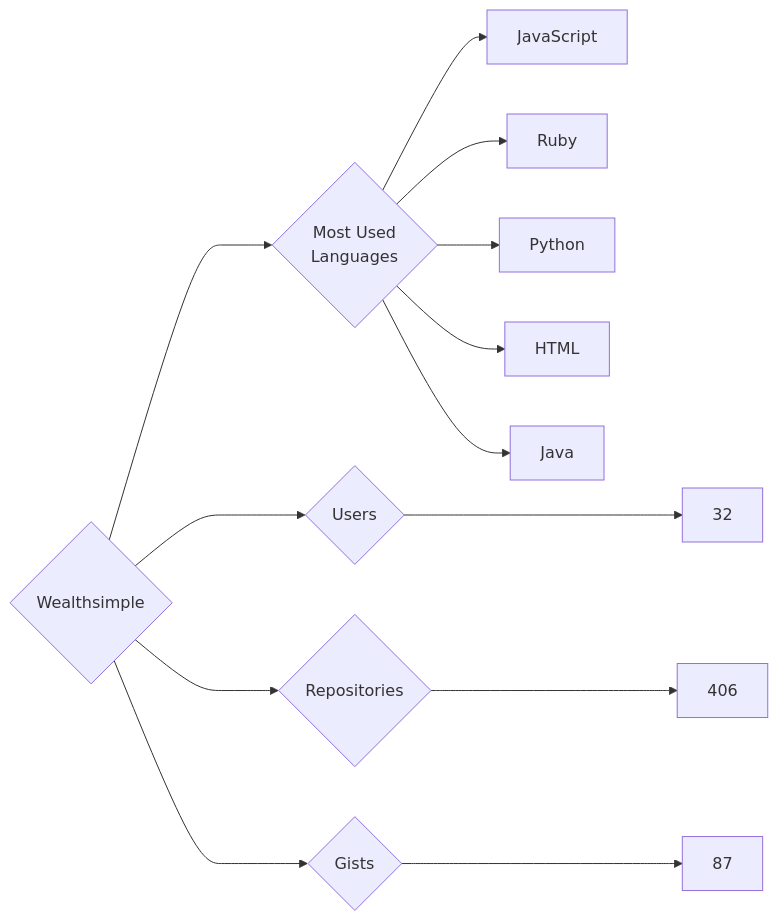
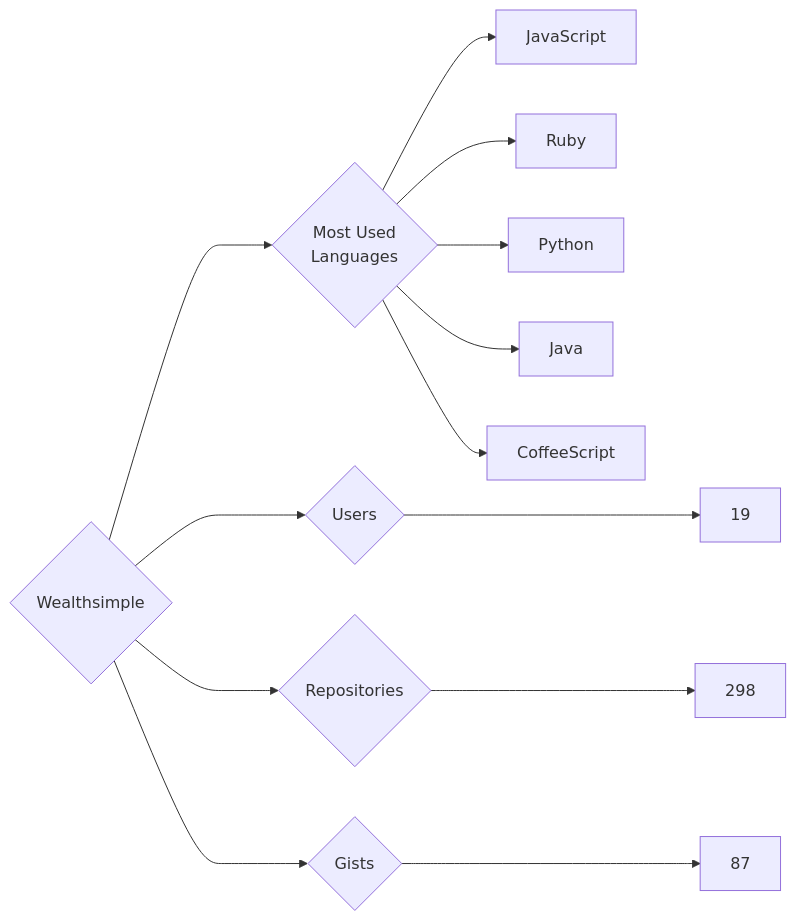
One commit to trickest/insiders changed the diagram in targets/Wealthsimple/README.md. Above: the diagram before and after it, drawn with Mermaid. The commit also changed 1248 other files, not shown here.

````diff
--- a/targets/Wealthsimple/README.md
+++ b/targets/Wealthsimple/README.md
@@ -3,13 +3,13 @@
 ```mermaid
 graph LR
 COMPANY_NAME{Wealthsimple}
-COMPANY_NAME ---> U{Users} ---> UN[32]
-COMPANY_NAME ---> R{Repositories} ---> RN[406]
+COMPANY_NAME ---> U{Users} ---> UN[19]
+COMPANY_NAME ---> R{Repositories} ---> RN[298]
 COMPANY_NAME ---> G{Gists} ---> GN[87]
 COMPANY_NAME ---> ML{Most Used<br>Languages}
 ML --> JavaScript[JavaScript]
 ML --> Ruby[Ruby]
 ML --> Python[Python]
-ML --> HTML[HTML]
 ML --> Java[Java]
+ML --> CoffeeScript[CoffeeScript]
 ```
````
